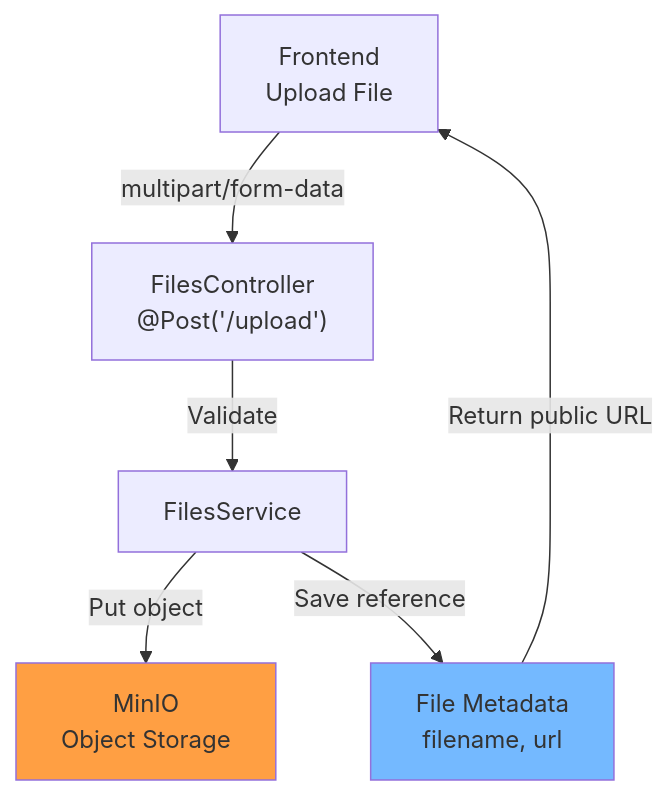
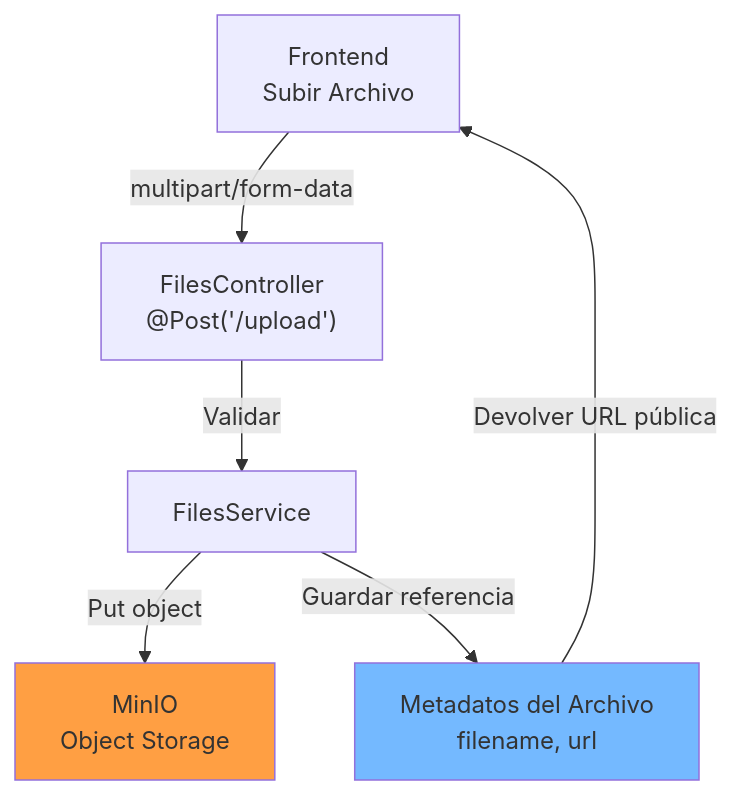
One commit to Byroncl/laboratory-reviews changed diagram 11 of 14 in docs-post-message/docs/backend/architecture/overview.md. Above: the diagram before and after it, drawn with Mermaid. The commit also changed other lines of this file and 17 other files, not shown here.

Commit message:
refactor: implement clean architecture patterns with domains, repositories, use cases, constants, and comprehensive tests

````diff
--- a/docs-post-message/docs/backend/architecture/overview.md
+++ b/docs-post-message/docs/backend/architecture/overview.md
@@ -328,17 +328,17 @@
 ```mermaid
 graph TB
-    Client["Frontend<br/>Upload File"]
+    Client["Frontend<br/>Subir Archivo"]
     Controller["FilesController<br/>@Post('/upload')"]
     Service["FilesService"]
     MinIO["MinIO<br/>Object Storage"]
-    FileRecord["File Metadata<br/>filename, url"]
+    FileRecord["Metadatos del Archivo<br/>filename, url"]
     
     Client -->|multipart/form-data| Controller
-    Controller -->|Validate| Service
+    Controller -->|Validar| Service
     Service -->|Put object| MinIO
-    Service -->|Save reference| FileRecord
-    FileRecord -->|Return public URL| Client
+    Service -->|Guardar referencia| FileRecord
+    FileRecord -->|Devolver URL pública| Client
     
     style MinIO fill:#ff9f43
     style FileRecord fill:#74b9ff
 ```
````
